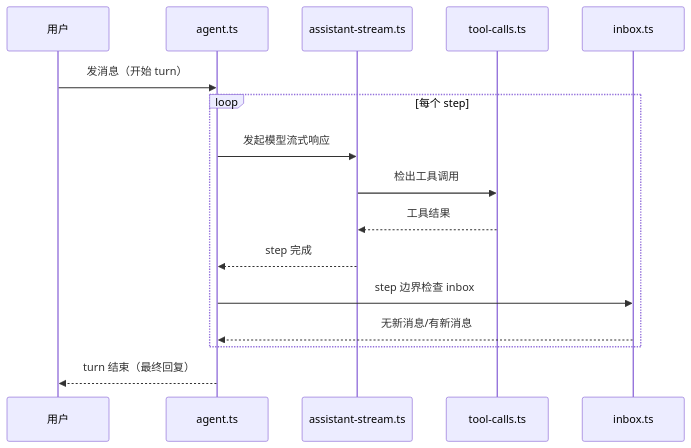
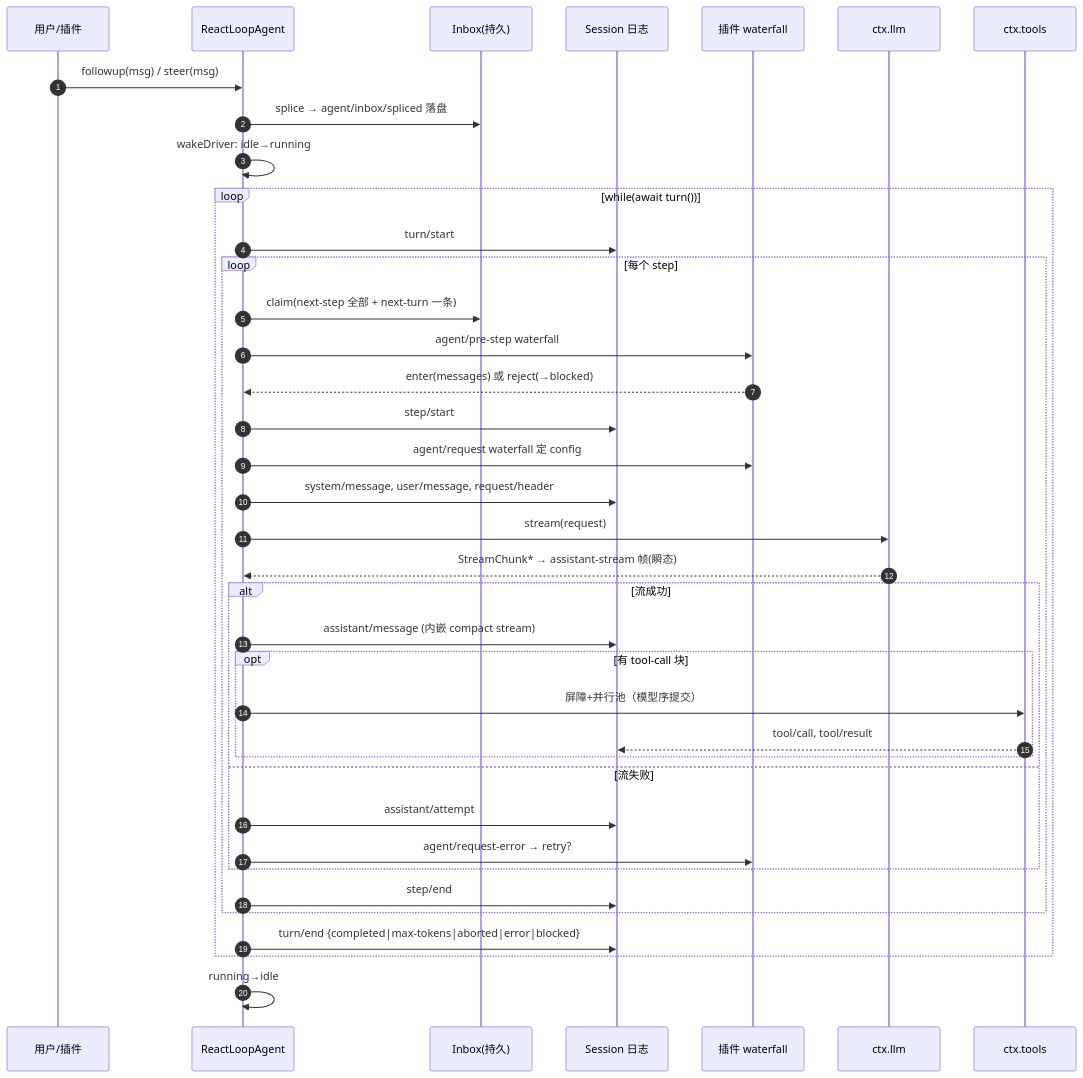
Before and after one commit to Maidang1/daimon: the diagram in learning/diagrams/ch02-agent-loop.mmd, drawn with Mermaid. The commit also changed 26 other files, not shown here.

```diff
--- a/learning/diagrams/ch02-agent-loop.mmd
+++ b/learning/diagrams/ch02-agent-loop.mmd
@@ -1,16 +1,40 @@
+%% 第 2 章 · turn 时序图（ReactLoopAgent）
 sequenceDiagram
-  participant U as 用户
-  participant A as agent.ts
-  participant S as assistant-stream.ts
-  participant T as tool-calls.ts
-  participant I as inbox.ts
-  U->>A: 发消息（开始 turn）
-  loop 每个 step
-    A->>S: 发起模型流式响应
-    S->>T: 检出工具调用
-    T-->>S: 工具结果
-    S-->>A: step 完成
-    A->>I: step 边界检查 inbox
-    I-->>A: 无新消息/有新消息
+  autonumber
+  participant U as 用户/插件
+  participant A as ReactLoopAgent
+  participant I as Inbox(持久)
+  participant S as Session 日志
+  participant H as 插件 waterfall
+  participant L as ctx.llm
+  participant T as ctx.tools
+
+  U->>A: followup(msg) / steer(msg)
+  A->>I: splice → agent/inbox/spliced 落盘
+  A->>A: wakeDriver: idle→running
+  loop while(await turn())
+    A->>S: turn/start
+    loop 每个 step
+      A->>I: claim(next-step 全部 + next-turn 一条)
+      A->>H: agent/pre-step waterfall
+      H-->>A: enter(messages) 或 reject(→blocked)
+      A->>S: step/start
+      A->>H: agent/request waterfall 定 config
+      A->>S: system/message, user/message, request/header
+      A->>L: stream(request)
+      L-->>A: StreamChunk* → assistant-stream 帧(瞬态)
+      alt 流成功
+        A->>S: assistant/message (内嵌 compact stream)
+        opt 有 tool-call 块
+          A->>T: 屏障+并行池（模型序提交）
+          T-->>S: tool/call, tool/result
+        end
+      else 流失败
+        A->>S: assistant/attempt
+        A->>H: agent/request-error → retry?
+      end
+      A->>S: step/end
+    end
+    A->>S: turn/end {completed|max-tokens|aborted|error|blocked}
   end
-  A-->>U: turn 结束（最终回复）
+  A->>A: running→idle
```
